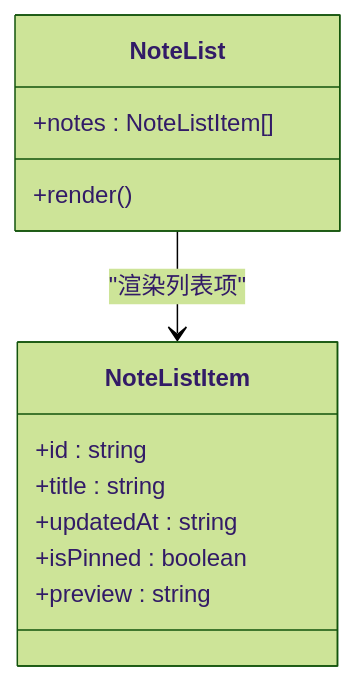
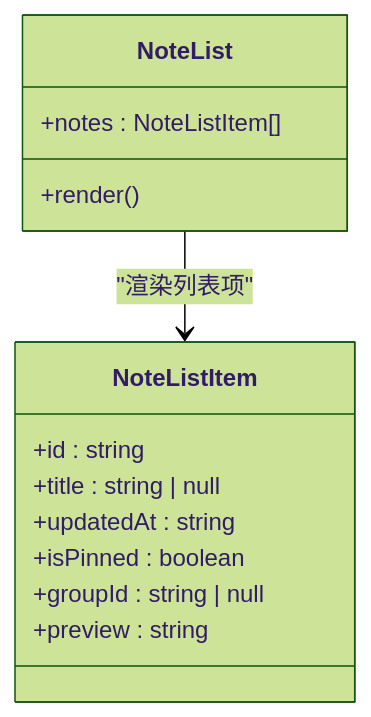
Before and after one commit to qiuziGirl/smart-todo: the ninth of 12 diagrams in .qoder/repowiki/zh/content/便签管理系统/便签管理系统.md, drawn with Mermaid (forest theme). The commit also changed other lines of this file and 8 other files, not shown here.

````diff
--- a/.qoder/repowiki/zh/content/便签管理系统/便签管理系统.md
+++ b/.qoder/repowiki/zh/content/便签管理系统/便签管理系统.md
@@ -306,15 +491,16 @@
 ```mermaid
 classDiagram
 class NoteList {
 +notes : NoteListItem[]
 +render()
 }
 class NoteListItem {
 +id : string
-+title : string
++title : string | null
 +updatedAt : string
 +isPinned : boolean
++groupId : string | null
 +preview : string
 }
 NoteList --> NoteListItem : "渲染列表项"
 ```
````
